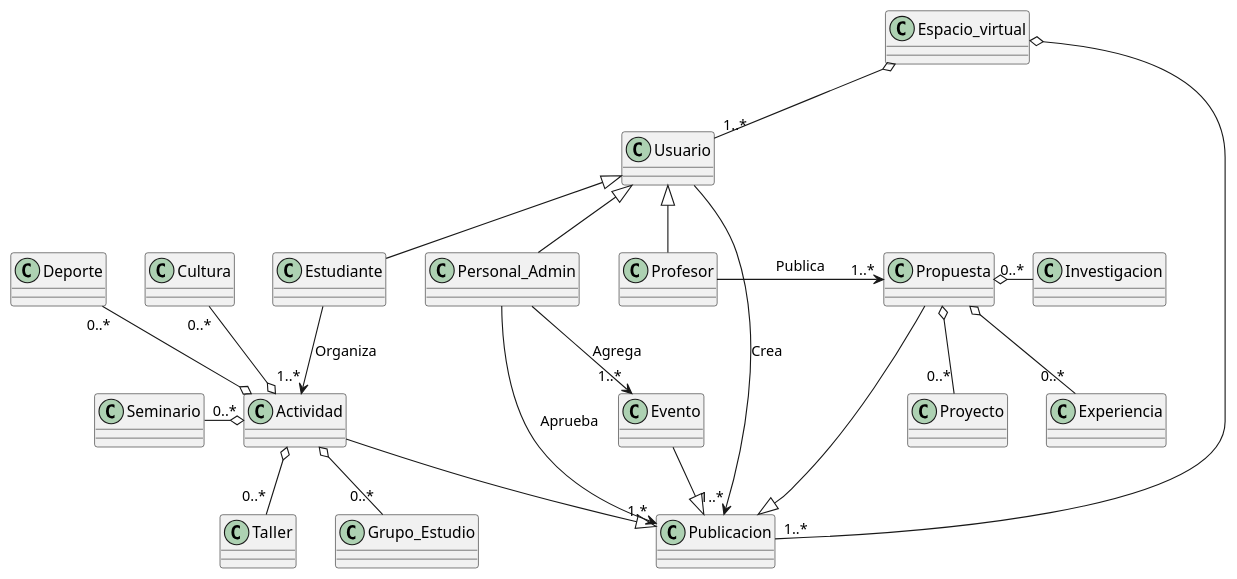
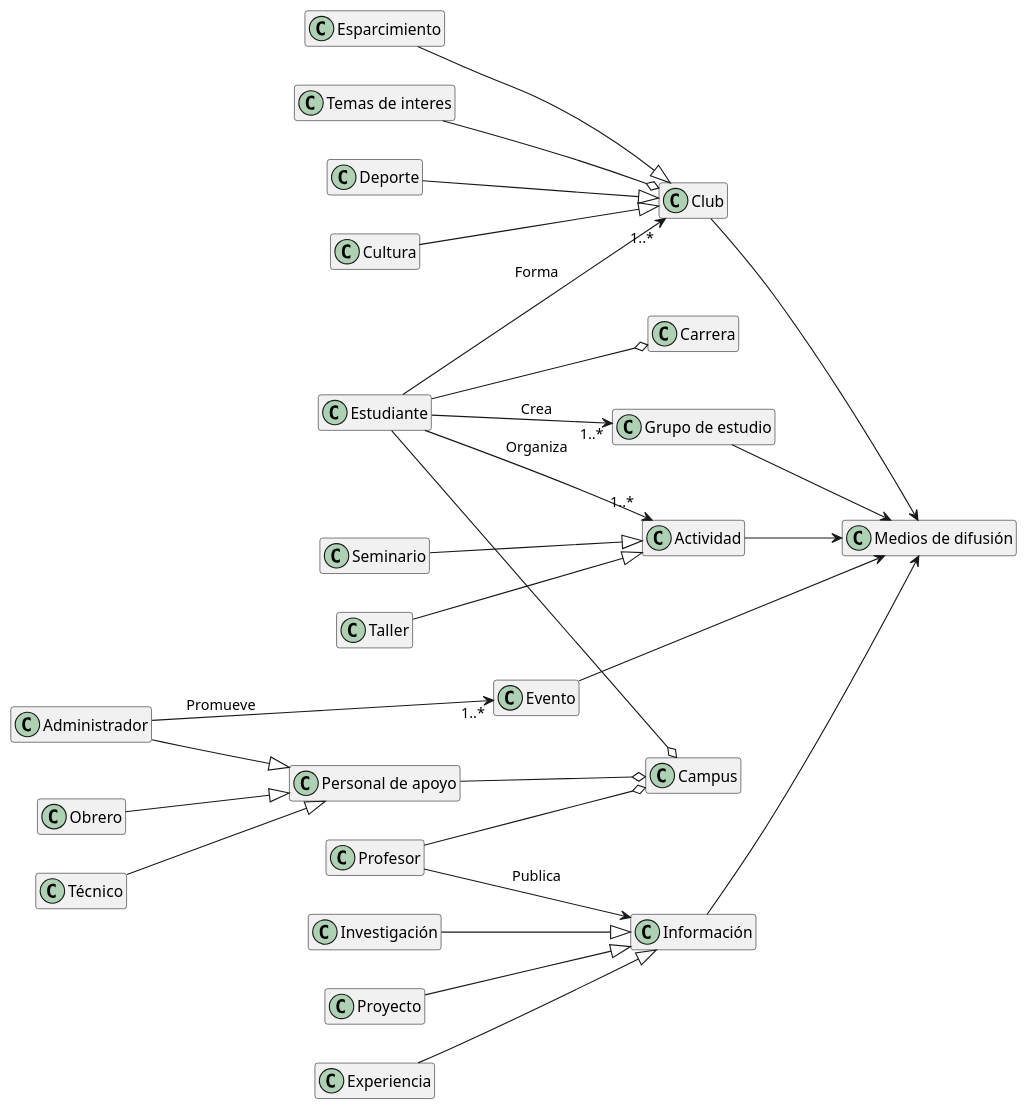
One commit to Dayannis-07/ING_SOFT changed the diagram in docs/scenariosView/domainModel/domainModel.plantuml. Above: the diagram before and after it, drawn with PlantUML. The commit also changed 2 other files, not shown here.

```diff
--- a/docs/scenariosView/domainModel/domainModel.plantuml
+++ b/docs/scenariosView/domainModel/domainModel.plantuml
@@ -1,47 +1,62 @@
 @startuml Modelo de Dominio
 
-class Espacio_virtual{}
-class Publicacion{}
-class Usuario{}
+left to right direction
+
+class Campus{}
 class Estudiante{}
 class Profesor{}
-class Personal_Admin{}
+class "Personal de apoyo" as class1{}
 class Actividad{}
-class Propuesta{}
-class Evento{}
+class Seminario{}
 class Taller{}
-class Grupo_Estudio{}
-class Seminario{}
+class Carrera{}
+class "Grupo de estudio" as class2{}
+class Club{}
 class Deporte{}
 class Cultura{}
-class Investigacion{}
+class Esparcimiento{}
+class "Temas de interes" as class3{}
+class Administrador{}
+class Técnico{}
+class Obrero{}
+class Evento{}
+class Información{}
 class Proyecto{}
 class Experiencia{}
+class Investigación{}
+class "Medios de difusión" as class4{}
 
-Publicacion "1..*" -l-o Espacio_virtual
-Usuario "1..*" -u-o Espacio_virtual
-Estudiante -u-|> Usuario
-Profesor -u-|> Usuario
-Personal_Admin -u-|> Usuario
-Usuario  --> "1..*" Publicacion: Crea 
-Personal_Admin --> "1.*" Publicacion: Aprueba 
-Actividad  -r-|> Publicacion
-Propuesta --|> Publicacion
-Evento --|> Publicacion
-Estudiante --> "1..*" Actividad: Organiza
-Profesor -r-> "1..*" Propuesta: Publica
-Personal_Admin --> "1..*" Evento: Agrega
+Estudiante --o Campus
+Profesor --o Campus
+class1 --o Campus
+Administrador --|> class1
+Obrero --|> class1
+Técnico --|> class1
+Estudiante --o Carrera
 
-Investigacion "0..*" -l-o Propuesta
-Proyecto "0..*" -u-o Propuesta
-Experiencia "0..*" -u-o Propuesta
+Seminario --|> Actividad
+Taller --|> Actividad
+Estudiante -[hidden]-> Actividad
+Estudiante -down-> "1..*" Actividad: Organiza
+Estudiante --> "1..*" class2: Crea
+Estudiante --> "1..*" Club: Forma
+Deporte --|> Club
+Cultura --|> Club
+Esparcimiento--|> Club
+class3 --o Club
+Administrador --> "1..*" Evento: Promueve
 
-Taller "0..*" -u-o Actividad
-Grupo_Estudio "0..*" -u-o Actividad
-Seminario "0..*" -r-o Actividad
-Deporte "0..*" --o Actividad
-Cultura "0..*" --o Actividad
+Profesor --> Información:Publica
+Proyecto --|> Información
+Experiencia --|> Información
+Investigación --|> Información
 
+Información --> class4
+Evento --> class4
+Actividad --> class4
+class2 --> class4
+Club --> class4
 
+hide members
 
 @enduml
```
